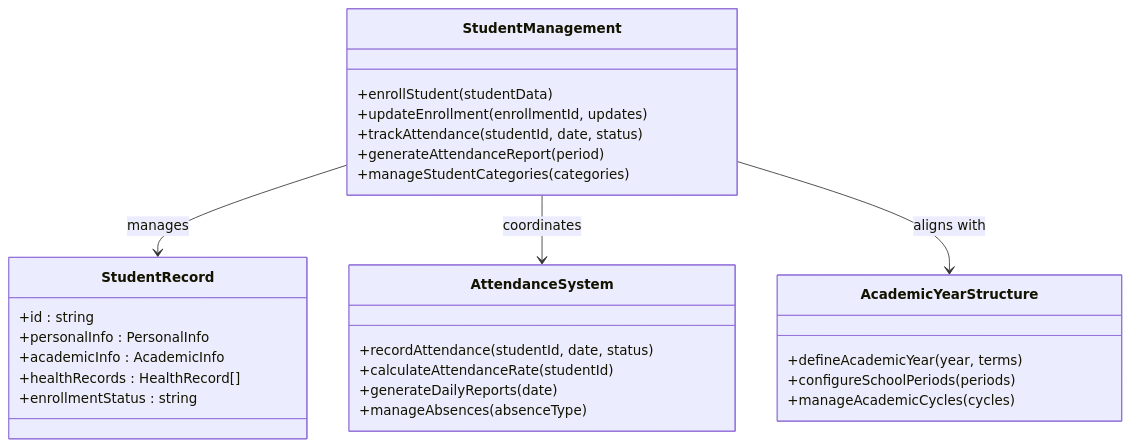
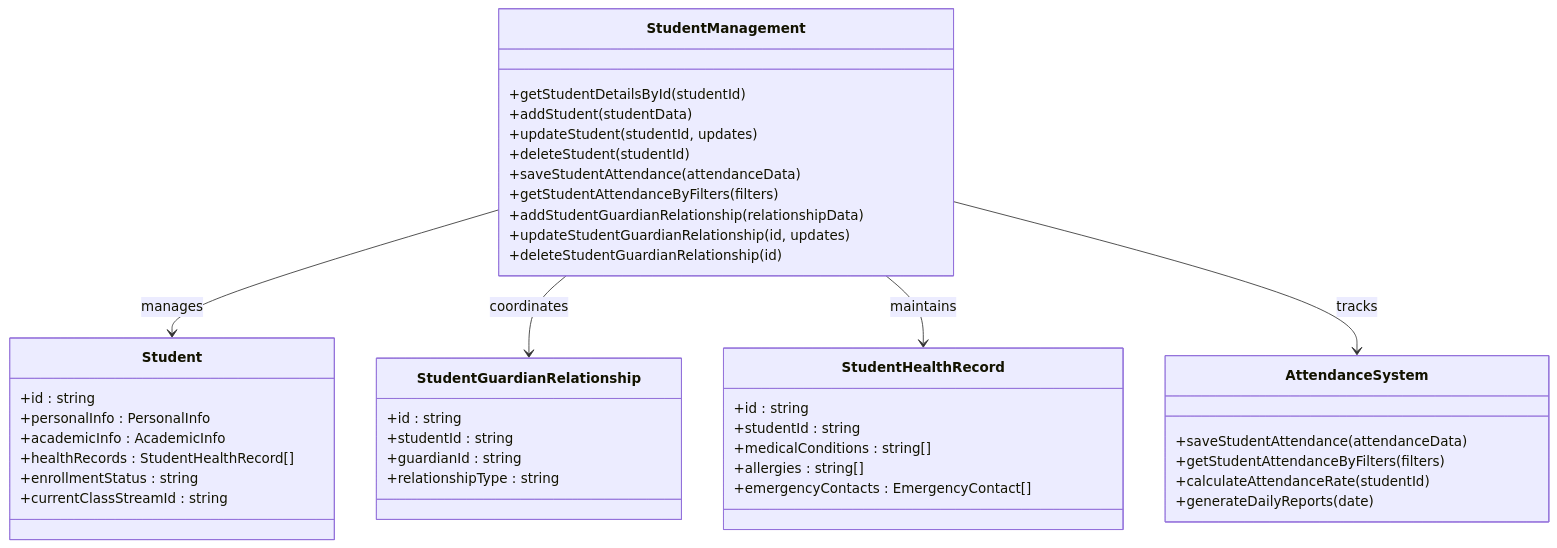
One commit to geniusdynamics/schoolpilot changed the fourth of 8 diagrams in .qoder/repowiki/en/content/Modules System/Administration Module.md. Above: the diagram before and after it, drawn with Mermaid. The commit also changed other lines of this file and 16 other files, not shown here.

````diff
--- a/.qoder/repowiki/en/content/Modules System/Administration Module.md
+++ b/.qoder/repowiki/en/content/Modules System/Administration Module.md
@@ -157,31 +262,45 @@
 ```mermaid
 classDiagram
 class StudentManagement {
-+enrollStudent(studentData)
-+updateEnrollment(enrollmentId, updates)
-+trackAttendance(studentId, date, status)
-+generateAttendanceReport(period)
-+manageStudentCategories(categories)
++getStudentDetailsById(studentId)
++addStudent(studentData)
++updateStudent(studentId, updates)
++deleteStudent(studentId)
++saveStudentAttendance(attendanceData)
++getStudentAttendanceByFilters(filters)
++addStudentGuardianRelationship(relationshipData)
++updateStudentGuardianRelationship(id, updates)
++deleteStudentGuardianRelationship(id)
 }
-class StudentRecord {
+class Student {
 +id : string
 +personalInfo : PersonalInfo
 +academicInfo : AcademicInfo
-+healthRecords : HealthRecord[]
++healthRecords : StudentHealthRecord[]
 +enrollmentStatus : string
++currentClassStreamId : string
+}
+class StudentGuardianRelationship {
++id : string
++studentId : string
++guardianId : string
++relationshipType : string
+}
+class StudentHealthRecord {
++id : string
++studentId : string
++medicalConditions : string[]
++allergies : string[]
++emergencyContacts : EmergencyContact[]
 }
 class AttendanceSystem {
-+recordAttendance(studentId, date, status)
++saveStudentAttendance(attendanceData)
++getStudentAttendanceByFilters(filters)
 +calculateAttendanceRate(studentId)
 +generateDailyReports(date)
-+manageAbsences(absenceType)
 }
-class AcademicYearStructure {
-+defineAcademicYear(year, terms)
-+configureSchoolPeriods(periods)
-+manageAcademicCycles(cycles)
-}
-StudentManagement --> StudentRecord : manages
-StudentManagement --> AttendanceSystem : coordinates
-StudentManagement --> AcademicYearStructure : aligns with
+StudentManagement --> Student : manages
+StudentManagement --> StudentGuardianRelationship : coordinates
+StudentManagement --> StudentHealthRecord : maintains
+StudentManagement --> AttendanceSystem : tracks
 ```
````
